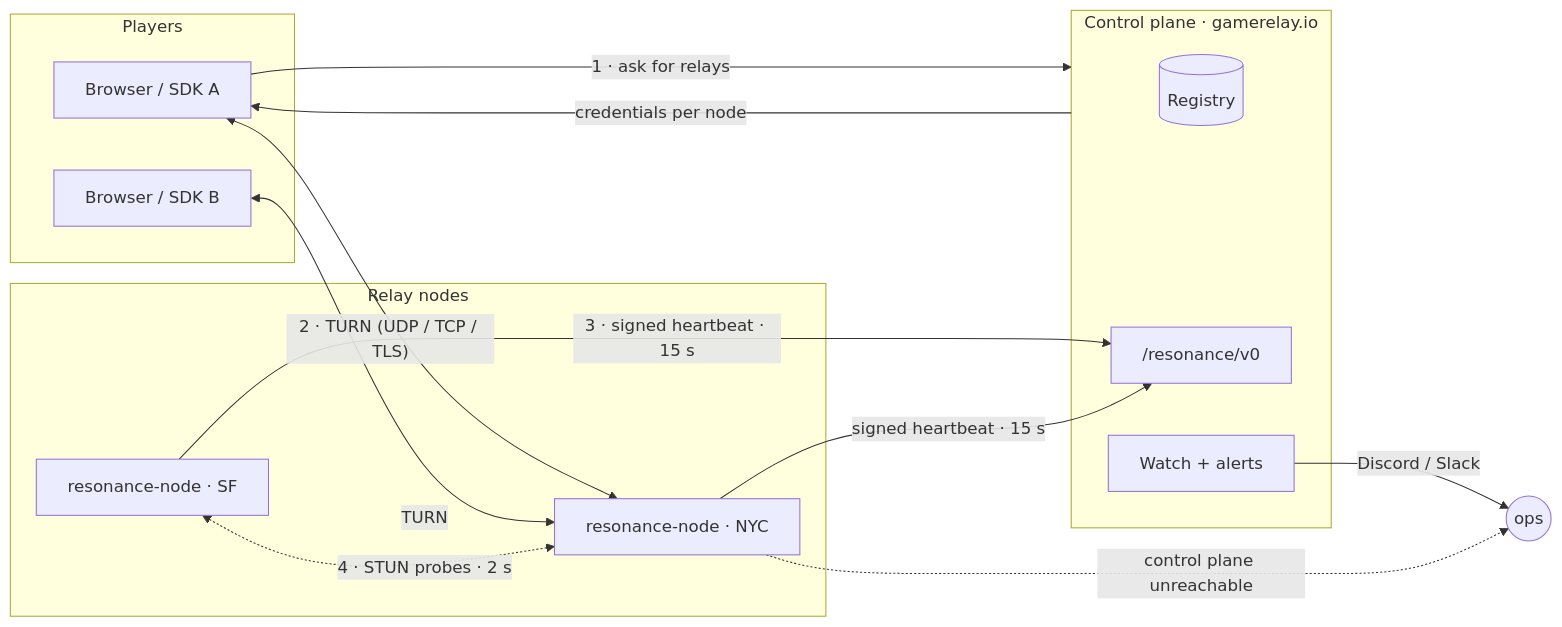
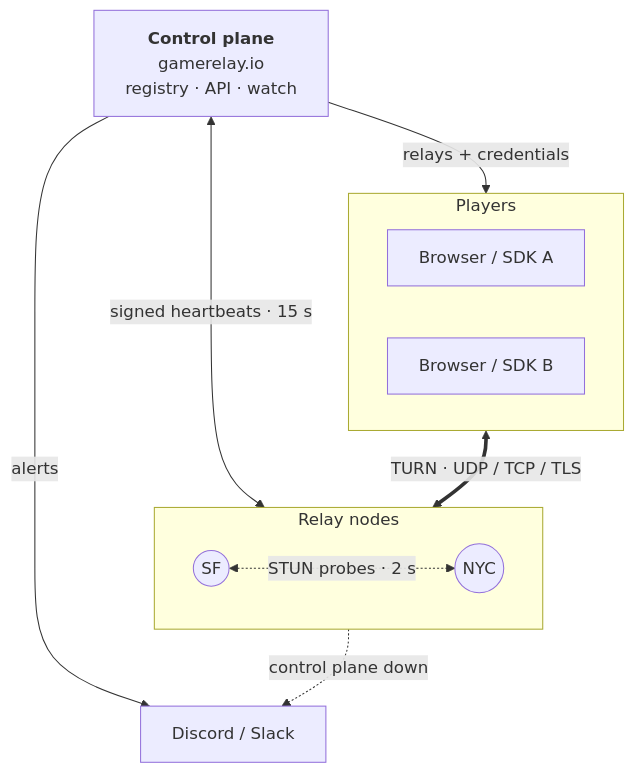
Before and after one commit to gamerelay/resonance: the first of 2 diagrams in docs/ARCHITECTURE.md, drawn with Mermaid. The commit also changed other lines of this file and 1 other file, not shown here.

Commit message:
Docs: the diagrams redrawn so they read at GitHub's width (no crossing lines, nothing cut off)

````diff
--- a/docs/ARCHITECTURE.md
+++ b/docs/ARCHITECTURE.md
@@ -7,25 +7,19 @@
 ```mermaid
-flowchart LR
+flowchart TB
+  CP["<b>Control plane</b><br/>gamerelay.io<br/>registry · API · watch"]
+  OPS["Discord / Slack"]
   subgraph players [Players]
     A[Browser / SDK A]
     B[Browser / SDK B]
   end
-  subgraph cp [Control plane · gamerelay.io]
-    REG[(Registry)]
-    API["/resonance/v0"]
-    WATCH[Watch + alerts]
+  subgraph nodes [Relay nodes]
+    N1((SF))
+    N2((NYC))
+    N1 <-. "STUN probes · 2 s" .-> N2
   end
-  subgraph nodes [Relay nodes]
-    N1[resonance-node · SF]
-    N2[resonance-node · NYC]
-  end
-  A -- "1 · ask for relays" --> cp
-  cp -- "credentials per node" --> A
-  A <-- "2 · TURN (UDP / TCP / TLS)" --> N2
-  B <-- "TURN" --> N2
-  N1 -- "3 · signed heartbeat · 15 s" --> API
-  N2 -- "signed heartbeat · 15 s" --> API
-  N1 <-. "4 · STUN probes · 2 s" .-> N2
-  WATCH -- "Discord / Slack" --> OPS((ops))
-  N2 -. "control plane unreachable" .-> OPS
+  CP -- "relays + credentials" --> players
+  CP <-- "signed heartbeats · 15 s" --> nodes
+  players <== "TURN · UDP / TCP / TLS" ==> nodes
+  CP -- "alerts" --> OPS
+  nodes -. "control plane down" .-> OPS
 ```
````
